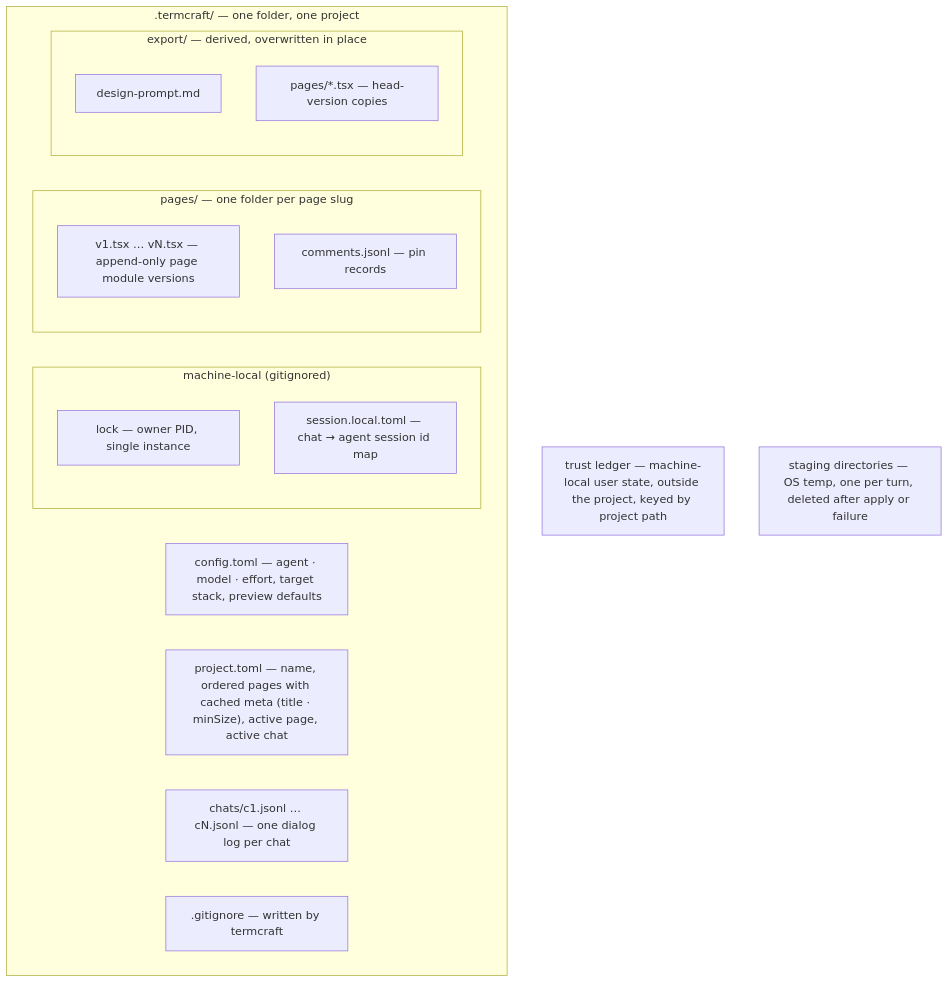
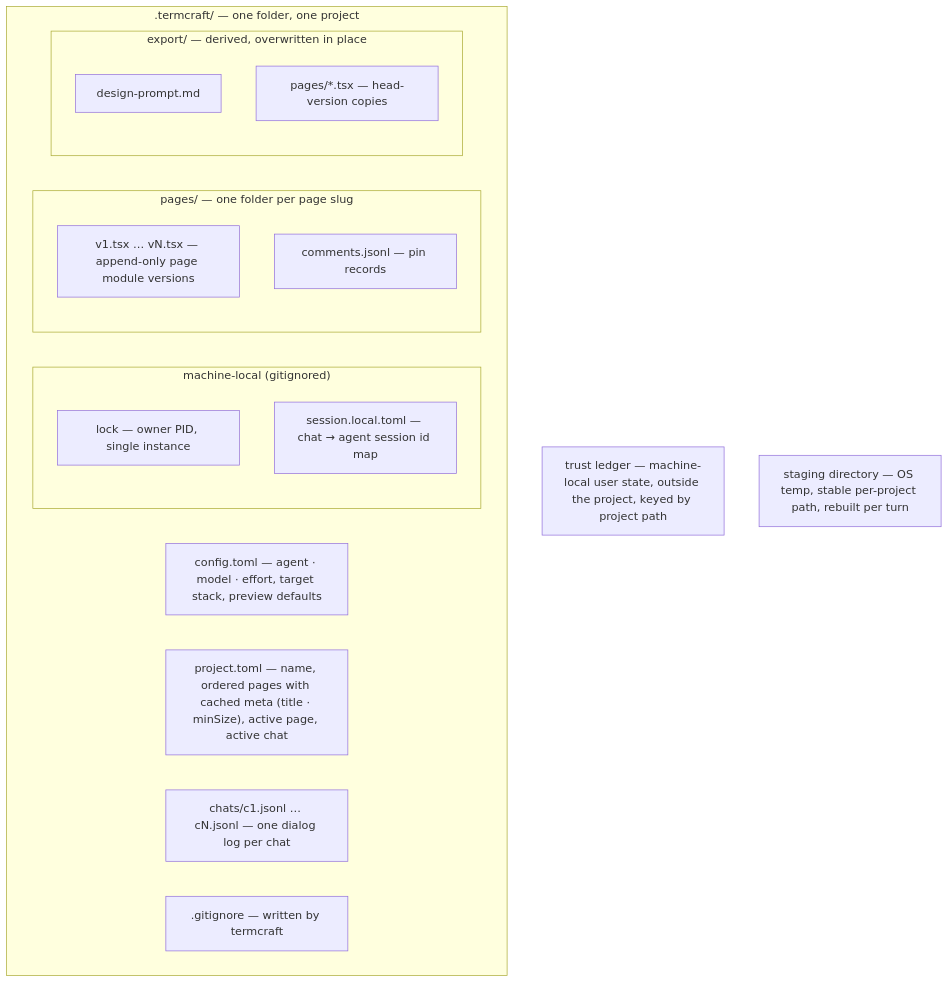
The diagram in docs/architecture/storage.md (khmilevoi/termcraft), drawn with Mermaid before and after one commit. The commit also changed other lines of this file and 7 other files, not shown here.

````diff
--- a/docs/architecture/storage.md
+++ b/docs/architecture/storage.md
@@ -3,23 +3,23 @@
 ```mermaid
 flowchart TB
     subgraph tc[".termcraft/ — one folder, one project"]
         cfg["config.toml — agent · model · effort, target stack, preview defaults"]
         proj["project.toml — name, ordered pages with cached meta (title · minSize), active page, active chat"]
         chats["chats/c1.jsonl … cN.jsonl — one dialog log per chat"]
         gi[".gitignore — written by termcraft"]
         subgraph localonly["machine-local (gitignored)"]
             lock["lock — owner PID, single instance"]
             sess["session.local.toml — chat → agent session id map"]
         end
         subgraph pg["pages/ — one folder per page slug"]
             vers["v1.tsx … vN.tsx — append-only page module versions"]
             comm["comments.jsonl — pin records"]
         end
         subgraph ex["export/ — derived, overwritten in place"]
             dp["design-prompt.md"]
             ptsx["pages/*.tsx — head-version copies"]
         end
     end
     trust["trust ledger — machine-local user state, outside the project, keyed by project path"]
-    scratch["staging directories — OS temp, one per turn, deleted after apply or failure"]
+    scratch["staging directory — OS temp, stable per-project path, rebuilt per turn"]
 ```
````
